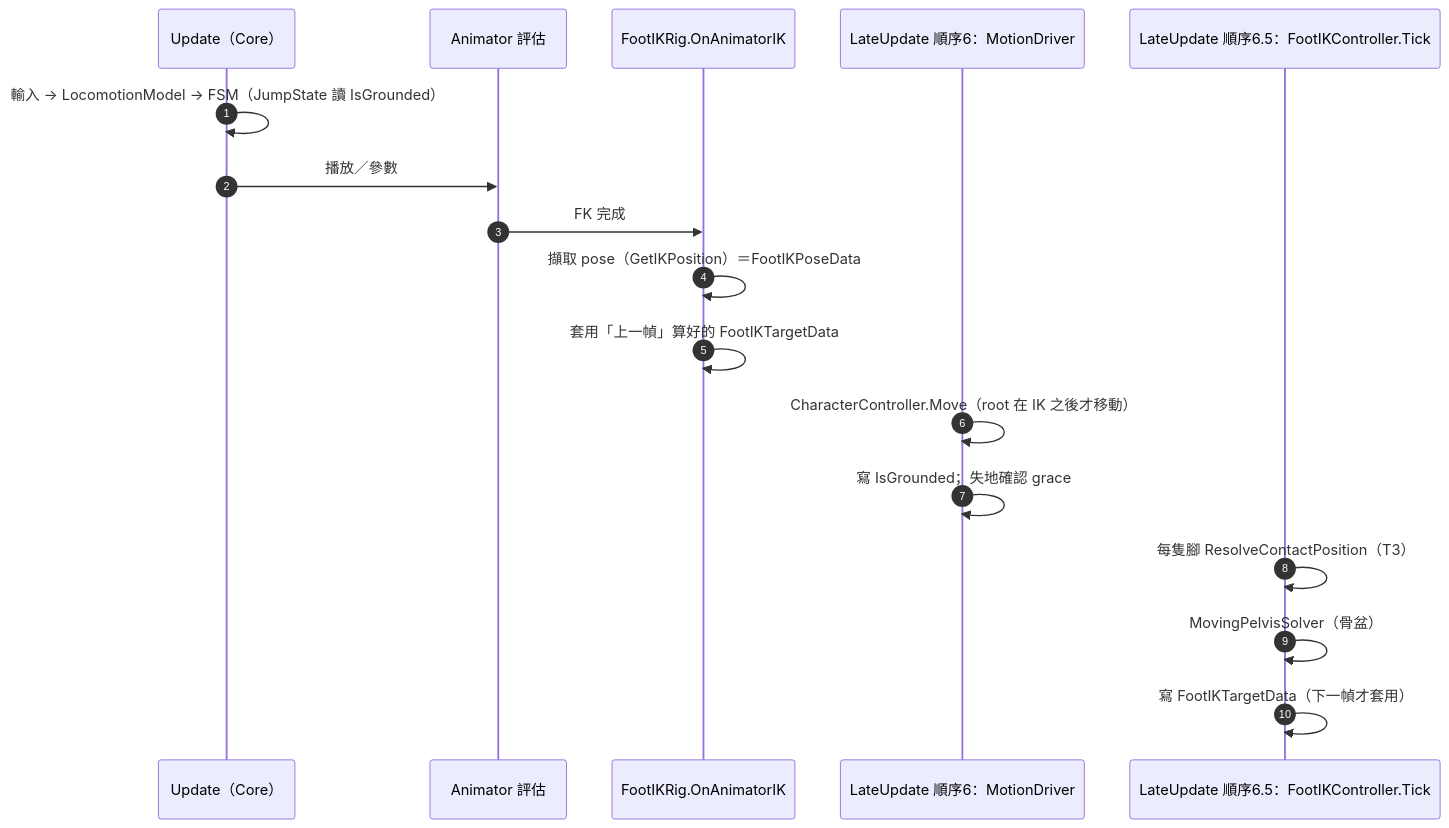
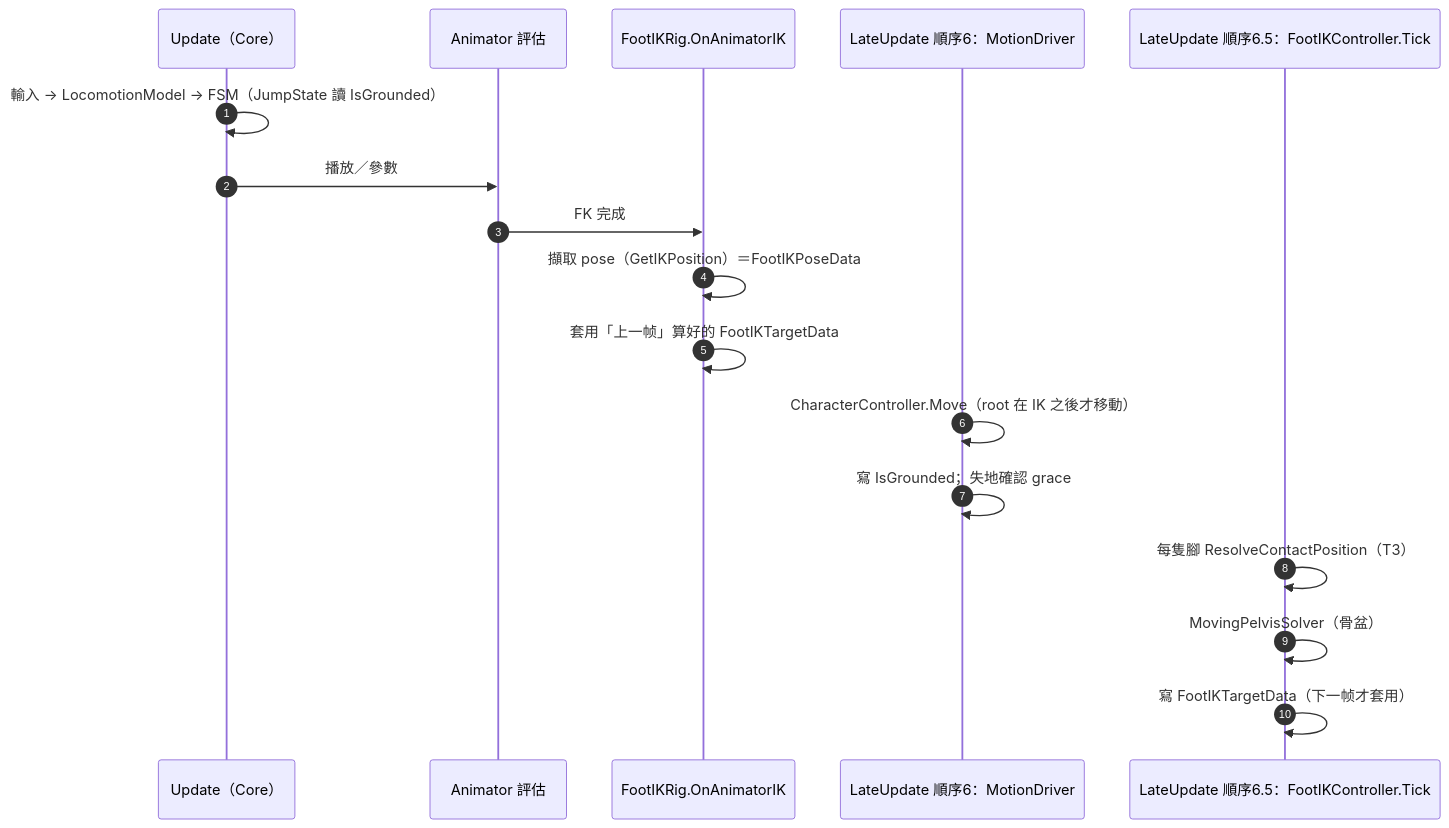
Before and after one commit to Baka8787/IntentPipeline: the second of 3 diagrams in docs/49-foot-contact-learning-guide.md, drawn with Mermaid. The commit also changed other lines of this file and 1 other file, not shown here.

````diff
--- a/docs/49-foot-contact-learning-guide.md
+++ b/docs/49-foot-contact-learning-guide.md
@@ -121,19 +126,19 @@
 ```mermaid
 sequenceDiagram
   autonumber
   participant U as Update（Core）
   participant A as Animator 評估
   participant R as FootIKRig.OnAnimatorIK
   participant M as LateUpdate 順序6：MotionDriver
   participant P as LateUpdate 順序6.5：FootIKController.Tick
   U->>U: 輸入 → LocomotionModel → FSM（JumpState 讀 IsGrounded）
   U->>A: 播放／參數
   A->>R: FK 完成
   R->>R: 擷取 pose（GetIKPosition）＝FootIKPoseData
-  R->>R: 套用「上一幀」算好的 FootIKTargetData
+  R->>R: 套用「上一帧」算好的 FootIKTargetData
   M->>M: CharacterController.Move（root 在 IK 之後才移動）
   M->>M: 寫 IsGrounded；失地確認 grace
   P->>P: 每隻腳 ResolveContactPosition（T3）
   P->>P: MovingPelvisSolver（骨盆）
-  P->>P: 寫 FootIKTargetData（下一幀才套用）
+  P->>P: 寫 FootIKTargetData（下一帧才套用）
 ```
````
